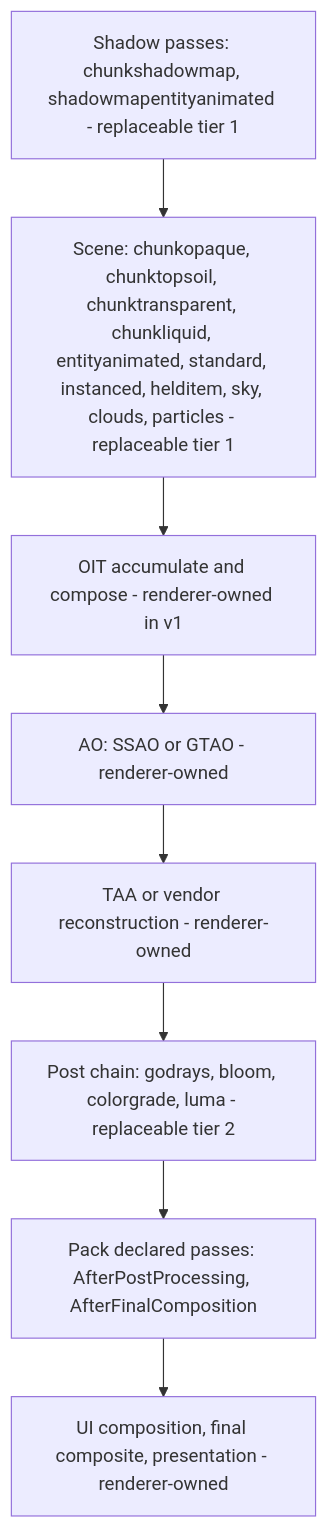
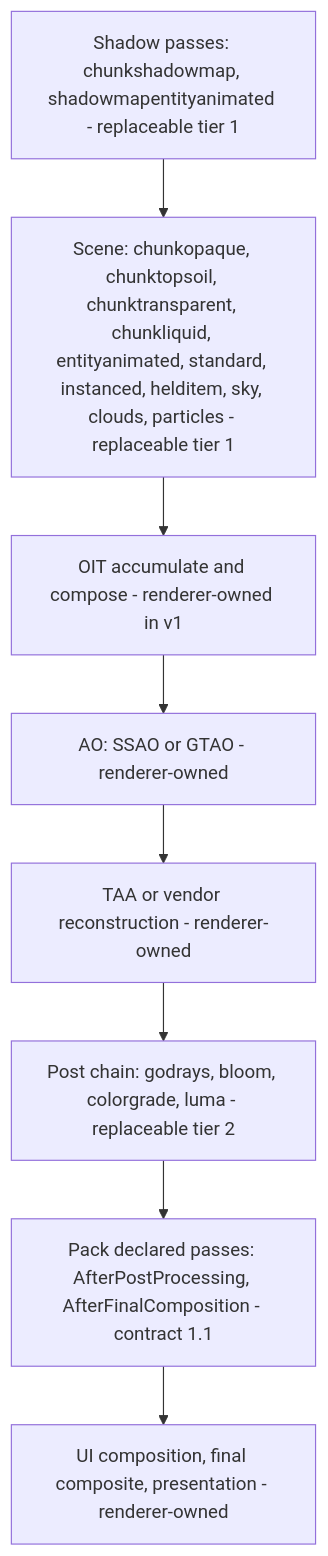
One commit to LovelessCodes/VulkanStory changed the diagram in docs/shader-packs.md. Above: the diagram before and after it, drawn with Mermaid. The commit also changed other lines of this file and 11 other files, not shown here.

````diff
--- a/docs/shader-packs.md
+++ b/docs/shader-packs.md
@@ -26,10 +32,10 @@
 ```mermaid
 flowchart TD
     A[Shadow passes: chunkshadowmap, shadowmapentityanimated - replaceable tier 1] --> B[Scene: chunkopaque, chunktopsoil, chunktransparent, chunkliquid, entityanimated, standard, instanced, helditem, sky, clouds, particles - replaceable tier 1]
     B --> C[OIT accumulate and compose - renderer-owned in v1]
     C --> D[AO: SSAO or GTAO - renderer-owned]
     D --> E[TAA or vendor reconstruction - renderer-owned]
     E --> F[Post chain: godrays, bloom, colorgrade, luma - replaceable tier 2]
-    F --> G[Pack declared passes: AfterPostProcessing, AfterFinalComposition]
+    F --> G[Pack declared passes: AfterPostProcessing, AfterFinalComposition - contract 1.1]
     G --> H[UI composition, final composite, presentation - renderer-owned]
 ```
````
